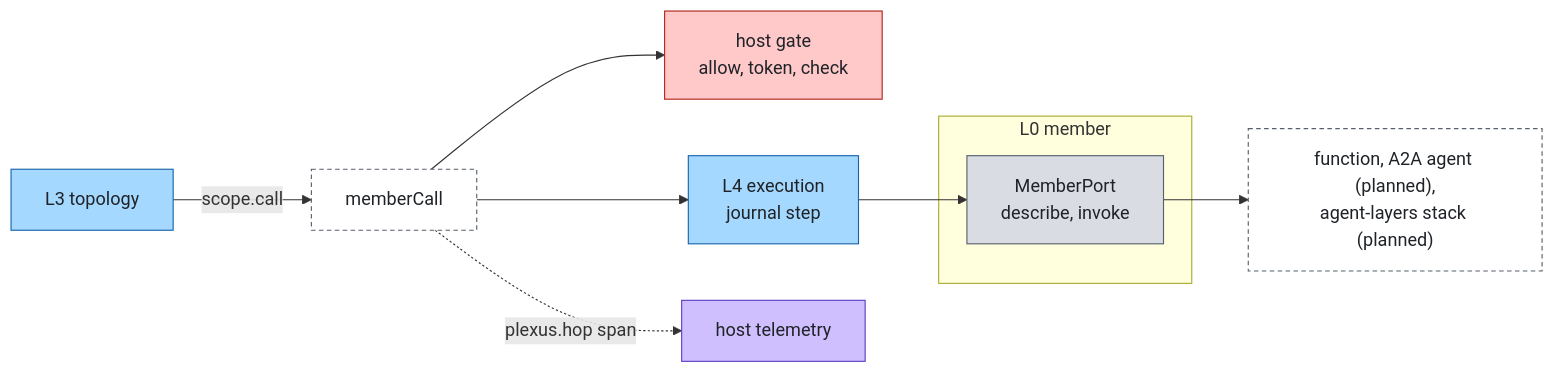
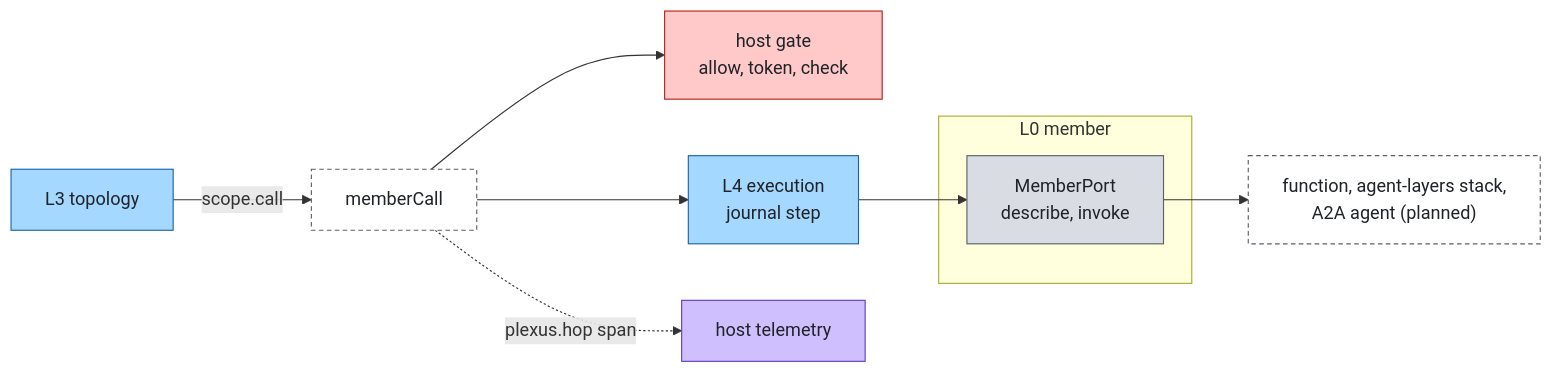
The diagram in docs/layers/member.md (aantenore/agent-plexus), drawn with Mermaid before and after one commit. The commit also changed other lines of this file and 15 other files, not shown here.

Commit message:
docs: review fixes, candidates vs planned, new limits, agent-layers adapter and swap example

````diff
--- a/docs/layers/member.md
+++ b/docs/layers/member.md
@@ -26,17 +26,17 @@
 ```mermaid
 flowchart LR
   topology["L3 topology"]:::agent -->|"scope.call"| mc["memberCall"]:::external
   mc --> gate["host gate<br/>allow, token, check"]:::control
   mc --> execution["L4 execution<br/>journal step"]:::agent
   execution --> mp
   subgraph sg["L0 member"]
     mp["MemberPort<br/>describe, invoke"]:::foundation
   end
-  mp --> back["function, A2A agent (planned),<br/>agent-layers stack (planned)"]:::external
+  mp --> back["function, agent-layers stack,<br/>A2A agent (planned)"]:::external
   mc -.->|"plexus.hop span"| telemetry["host telemetry"]:::insight
   classDef foundation fill:#d9dde3,stroke:#57606a,color:#1f2328
   classDef agent fill:#a5d8ff,stroke:#1864ab,color:#1f2328
   classDef control fill:#ffc9c9,stroke:#b42318,color:#1f2328
   classDef insight fill:#d0bfff,stroke:#5f3dc4,color:#1f2328
   classDef external fill:#ffffff,stroke:#57606a,color:#1f2328,stroke-dasharray:4 3
 ```
````
